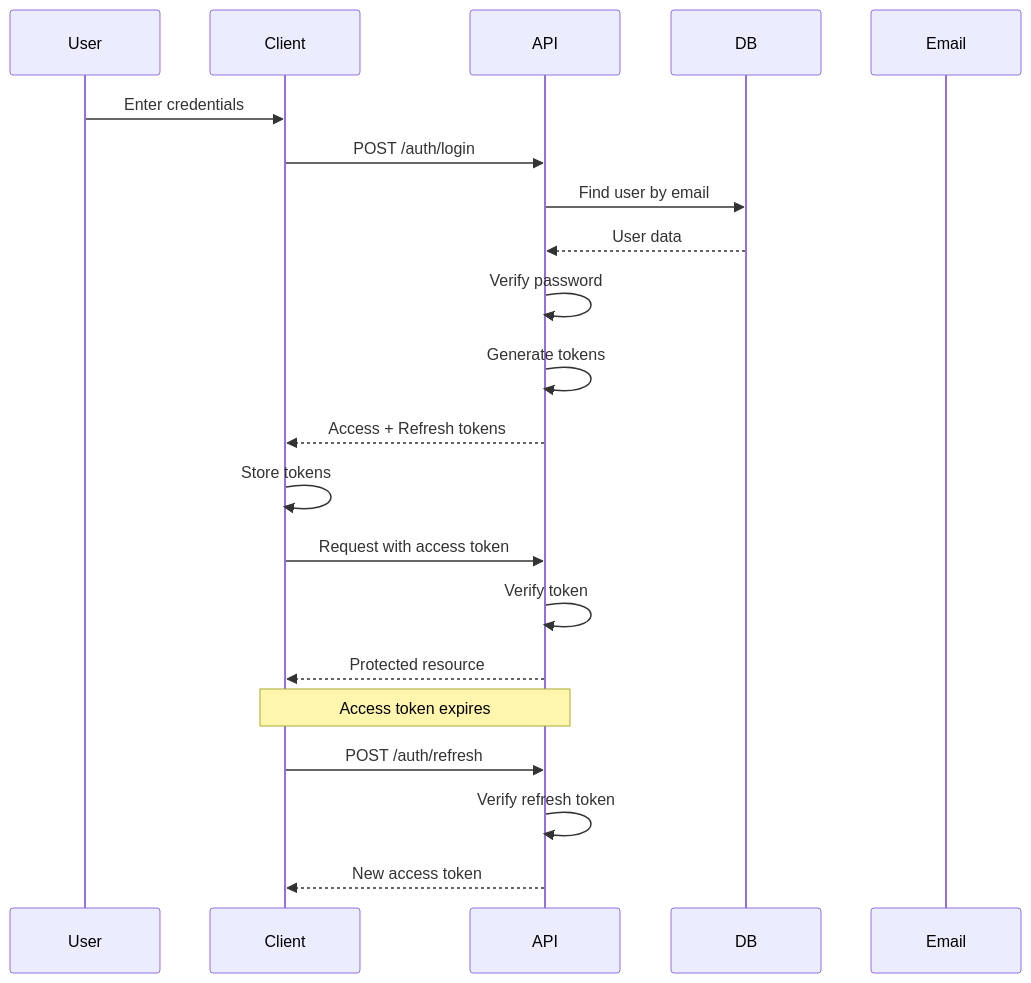
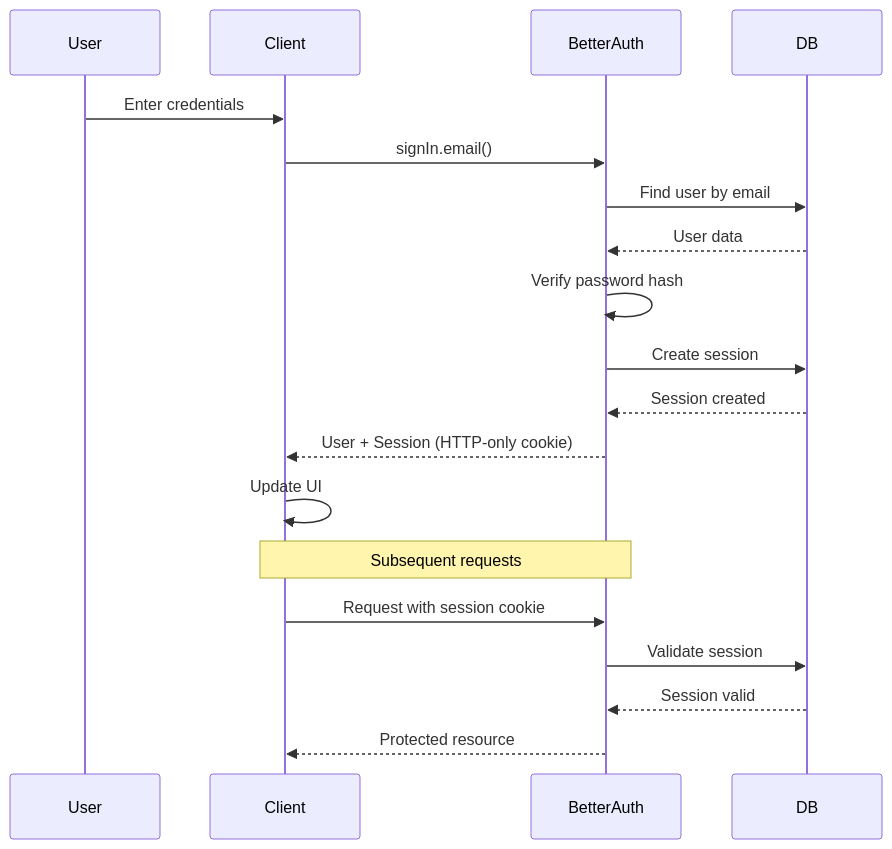
Before and after one commit to seifXXII/val-store: the diagram in clothing-brand-project/02-authentication.md, drawn with Mermaid. The commit also changed other lines of this file and 5 other files, not shown here.

````diff
--- a/clothing-brand-project/02-authentication.md
+++ b/clothing-brand-project/02-authentication.md
@@ -370,26 +475,24 @@
 ```mermaid
 sequenceDiagram
     participant User
     participant Client
-    participant API
+    participant BetterAuth
     participant DB
-    participant Email
 
     User->>Client: Enter credentials
-    Client->>API: POST /auth/login
-    API->>DB: Find user by email
-    DB-->>API: User data
-    API->>API: Verify password
-    API->>API: Generate tokens
-    API-->>Client: Access + Refresh tokens
-    Client->>Client: Store tokens
-    Client->>API: Request with access token
-    API->>API: Verify token
-    API-->>Client: Protected resource
+    Client->>BetterAuth: signIn.email()
+    BetterAuth->>DB: Find user by email
+    DB-->>BetterAuth: User data
+    BetterAuth->>BetterAuth: Verify password hash
+    BetterAuth->>DB: Create session
+    DB-->>BetterAuth: Session created
+    BetterAuth-->>Client: User + Session (HTTP-only cookie)
+    Client->>Client: Update UI
 
-    Note over Client,API: Access token expires
+    Note over Client,BetterAuth: Subsequent requests
 
-    Client->>API: POST /auth/refresh
-    API->>API: Verify refresh token
-    API-->>Client: New access token
+    Client->>BetterAuth: Request with session cookie
+    BetterAuth->>DB: Validate session
+    DB-->>BetterAuth: Session valid
+    BetterAuth-->>Client: Protected resource
 ```
````
